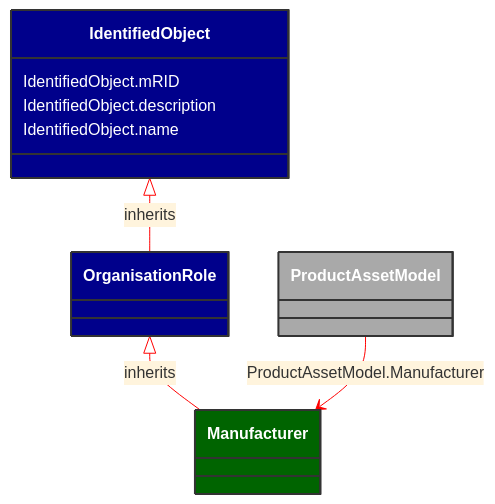
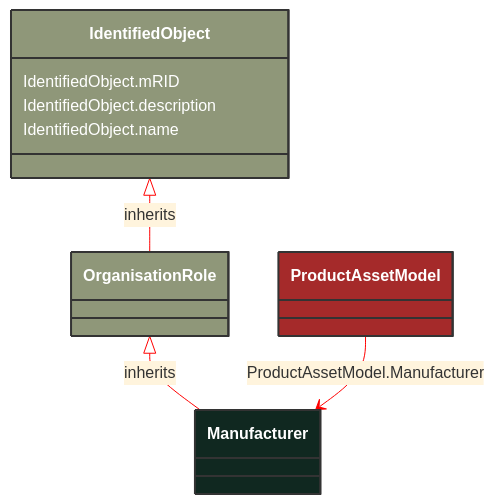
One commit to 3lbits/NoCIMExtensions changed the diagram in docs/Models/Profiles/SubseaCableInfo/ConcreteClasses/Manufacturer.md. Above: the diagram before and after it, drawn with Mermaid. The commit also changed 190 other files, not shown here.

````diff
--- a/docs/Models/Profiles/SubseaCableInfo/ConcreteClasses/Manufacturer.md
+++ b/docs/Models/Profiles/SubseaCableInfo/ConcreteClasses/Manufacturer.md
@@ -8,31 +8,27 @@
 ```mermaid
 %%{init: {'theme':'base','themeVariables': {'lineColor': '#FF0000'}}}%%
 classDiagram
     class Manufacturer
     click Manufacturer href "/Models/Profiles/SubseaCableInfo/ConcreteClasses/Manufacturer/"
-    style Manufacturer fill:#006400,stroke:#333,stroke-width:2px,rx:10,ry:10,color:white
-
+    style Manufacturer fill:#102820,stroke:#333,stroke-width:2px,rx:10,ry:10,color:white
+     
         OrganisationRole <|-- Manufacturer : inherits
             click OrganisationRole href "/Models/Profiles/SubseaCableInfo/AbstractClasses/OrganisationRole/"
-            style OrganisationRole fill:#00008B,stroke:#333,stroke-width:2px,rx:10,ry:10,color:white
-
-        Manufacturer
-            click Manufacturer href "/Models/Profiles/SubseaCableInfo/ConcreteClasses/Manufacturer/"
-            style OrganisationRole fill:#00008B,stroke:#333,stroke-width:2px,rx:10,ry:10,color:white
-
+            style OrganisationRole fill:#8F9779,stroke:#333,stroke-width:2px,rx:10,ry:10,color:white
+     
         IdentifiedObject <|-- OrganisationRole : inherits
             click IdentifiedObject href "/Models/Profiles/SubseaCableInfo/AbstractClasses/IdentifiedObject/"
-            style IdentifiedObject fill:#00008B,stroke:#333,stroke-width:2px,rx:10,ry:10,color:white
+            style IdentifiedObject fill:#8F9779,stroke:#333,stroke-width:2px,rx:10,ry:10,color:white
 
 
         ProductAssetModel --> Manufacturer : ProductAssetModel.Manufacturer
 
         ProductAssetModel
             click ProductAssetModel href "/Models/Profiles/SubseaCableInfo/ConcreteClasses/ProductAssetModel/"
-            style ProductAssetModel fill:#A9A9A9,stroke:#333,stroke-width:2px,rx:10,ry:10,color:white
+            style ProductAssetModel fill:#A52A2A,stroke:#333,stroke-width:2px,rx:10,ry:10,color:white
 
 
         IdentifiedObject : IdentifiedObject.mRID
         IdentifiedObject : IdentifiedObject.description
         IdentifiedObject : IdentifiedObject.name
 ```
````
